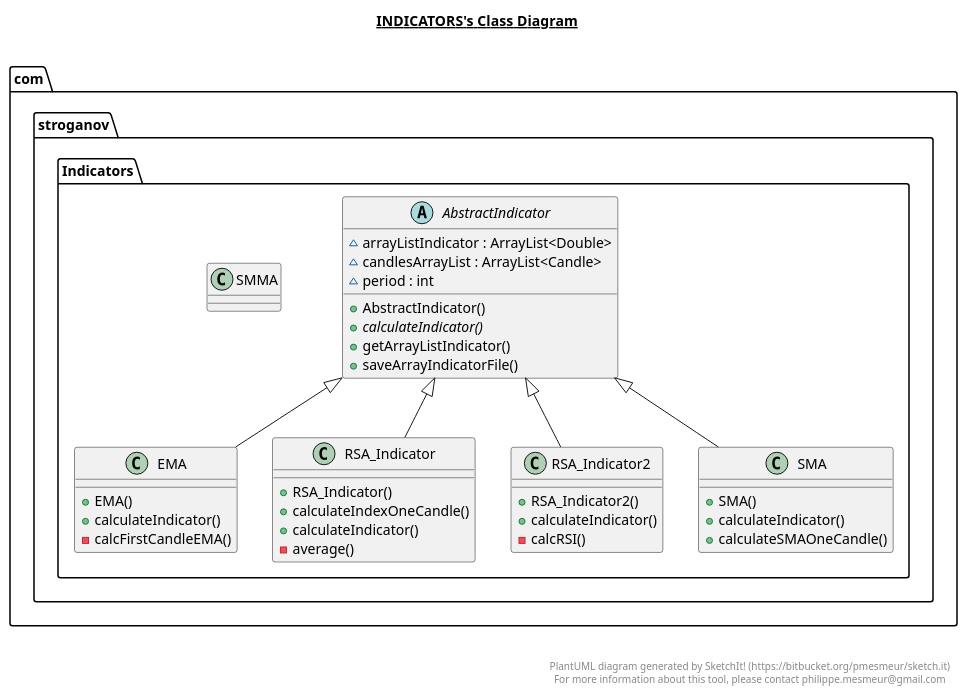
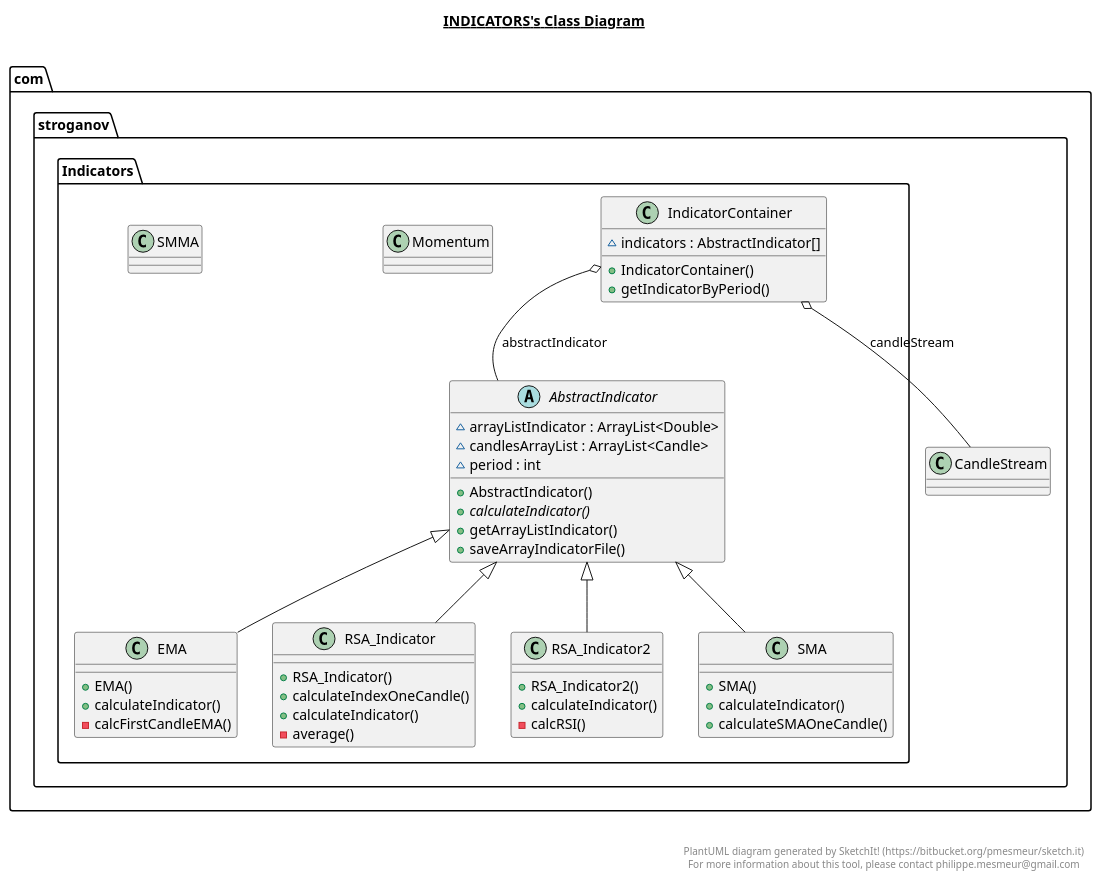
One commit to SergeyStroganoff/TradeRobot changed the diagram in src/main/java/com/stroganov/Indicators/Indicators.plantuml. Above: the diagram before and after it, drawn with PlantUML. The commit also changed 23 other files, not shown here.

```diff
--- a/src/main/java/com/stroganov/Indicators/Indicators.plantuml
+++ b/src/main/java/com/stroganov/Indicators/Indicators.plantuml
@@ -1,86 +1,107 @@
 @startuml
 
 title __INDICATORS's Class Diagram__\n
 
   namespace com.stroganov {
     namespace Indicators {
       abstract class com.stroganov.Indicators.AbstractIndicator {
           ~ arrayListIndicator : ArrayList<Double>
           ~ candlesArrayList : ArrayList<Candle>
           ~ period : int
           + AbstractIndicator()
           {abstract} + calculateIndicator()
           + getArrayListIndicator()
           + saveArrayIndicatorFile()
       }
     }
   }
   
 
   namespace com.stroganov {
     namespace Indicators {
       class com.stroganov.Indicators.EMA {
           + EMA()
           + calculateIndicator()
           - calcFirstCandleEMA()
+      }
+    }
+  }
+  
+
+  namespace com.stroganov {
+    namespace Indicators {
+      class com.stroganov.Indicators.IndicatorContainer {
+          ~ indicators : AbstractIndicator[]
+          + IndicatorContainer()
+          + getIndicatorByPeriod()
+      }
+    }
+  }
+  
+
+  namespace com.stroganov {
+    namespace Indicators {
+      class com.stroganov.Indicators.Momentum {
       }
     }
   }
   
 
   namespace com.stroganov {
     namespace Indicators {
       class com.stroganov.Indicators.RSA_Indicator {
           + RSA_Indicator()
           + calculateIndexOneCandle()
           + calculateIndicator()
           - average()
       }
     }
   }
   
 
   namespace com.stroganov {
     namespace Indicators {
       class com.stroganov.Indicators.RSA_Indicator2 {
           + RSA_Indicator2()
           + calculateIndicator()
           - calcRSI()
       }
     }
   }
   
 
   namespace com.stroganov {
     namespace Indicators {
       class com.stroganov.Indicators.SMA {
           + SMA()
           + calculateIndicator()
           + calculateSMAOneCandle()
       }
     }
   }
   
 
   namespace com.stroganov {
     namespace Indicators {
       class com.stroganov.Indicators.SMMA {
       }
     }
   }
   
 
   com.stroganov.Indicators.EMA -up-|> com.stroganov.Indicators.AbstractIndicator
+  com.stroganov.Indicators.IndicatorContainer o-- com.stroganov.Indicators.AbstractIndicator : abstractIndicator
+  com.stroganov.Indicators.IndicatorContainer o-- com.stroganov.CandleStream : candleStream
   com.stroganov.Indicators.RSA_Indicator -up-|> com.stroganov.Indicators.AbstractIndicator
   com.stroganov.Indicators.RSA_Indicator2 -up-|> com.stroganov.Indicators.AbstractIndicator
   com.stroganov.Indicators.SMA -up-|> com.stroganov.Indicators.AbstractIndicator
 
 
 right footer
 
 
 PlantUML diagram generated by SketchIt! (https://bitbucket.org/pmesmeur/sketch.it)
 For more information about this tool, please contact philippe.mesmeur@gmail.com
 endfooter
 
 @enduml
```
